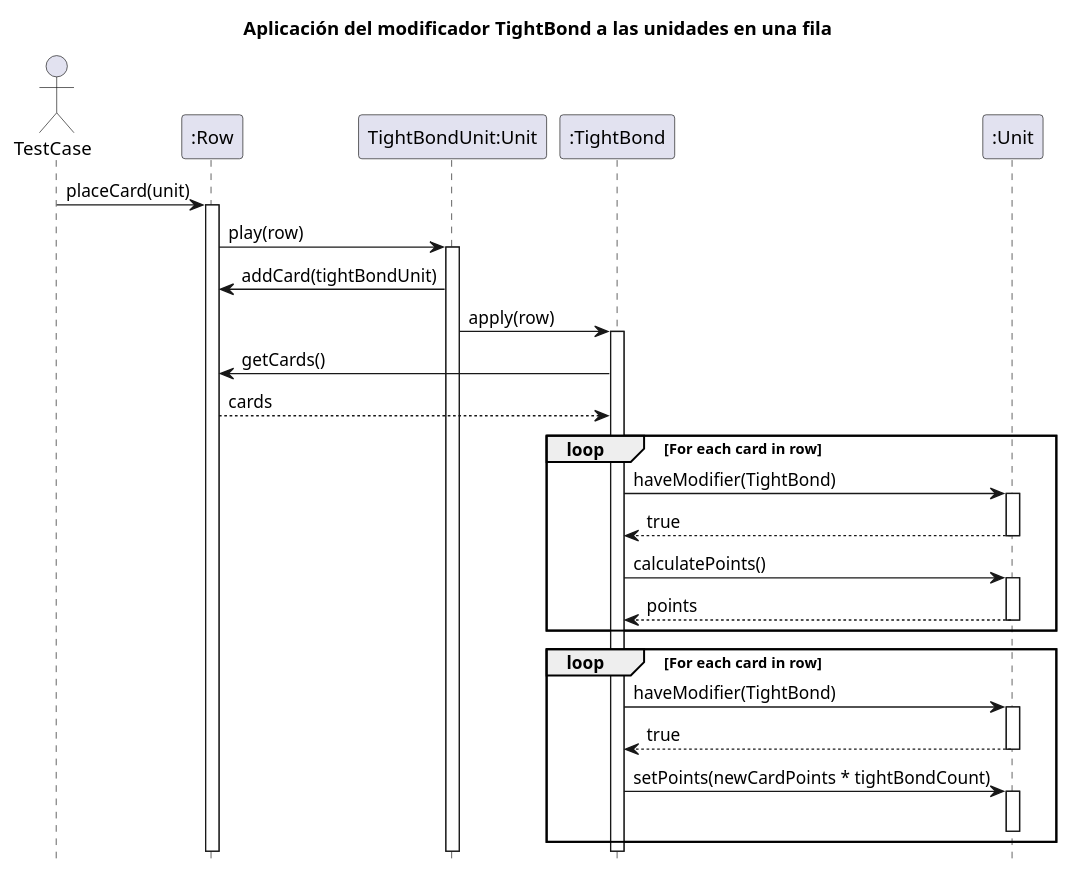
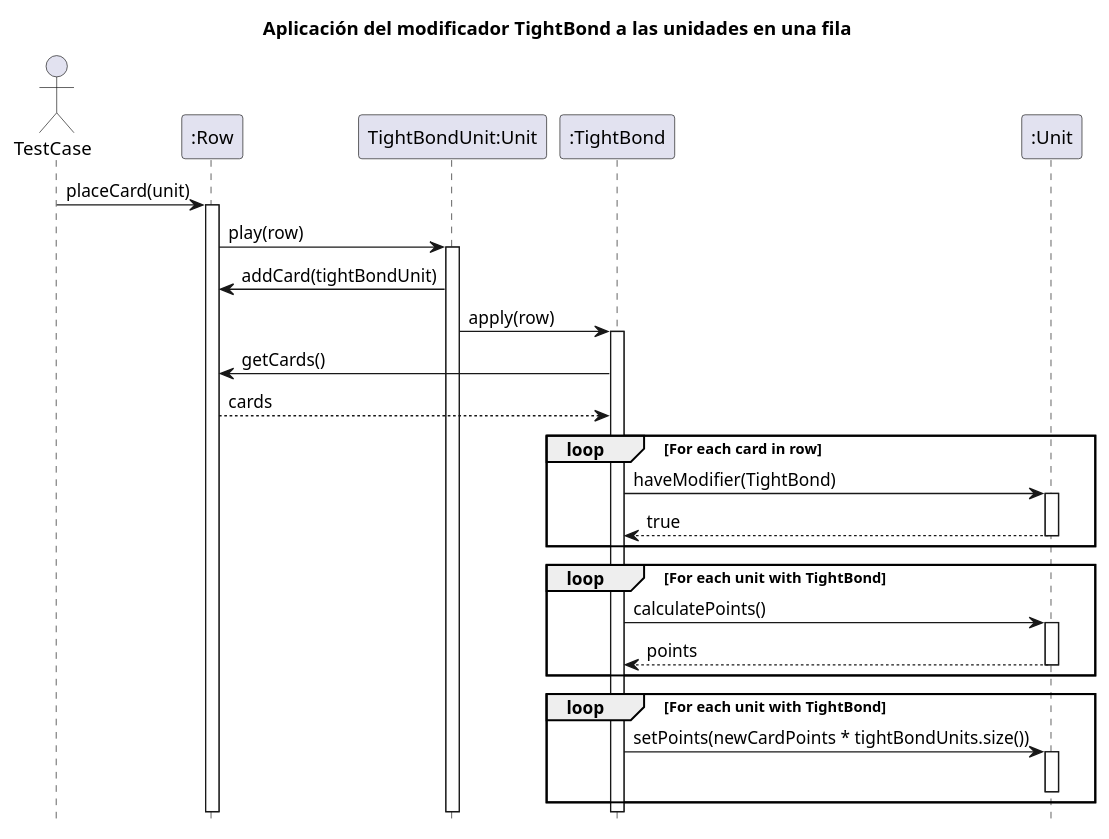
Before and after one commit to Yonhir/algo3_proyecto_base_tp2: the diagram in diagrams/sequences/AplicarTightBond.plantuml, drawn with PlantUML. The commit also changed 2 other files, not shown here.

Commit message:
Update TightBond

```diff
--- a/diagrams/sequences/AplicarTightBond.plantuml
+++ b/diagrams/sequences/AplicarTightBond.plantuml
@@ -1,47 +1,46 @@
 @startuml
 
 hide footbox
 title Aplicación del modificador TightBond a las unidades en una fila
 
 actor TestCase
 
 participant ":Row" as row
 participant "TightBondUnit:Unit" as tightBondUnit
 participant ":TightBond" as tightBond
 participant ":Unit" as otherUnits
 
 TestCase -> row: placeCard(unit)
     activate row
     row -> tightBondUnit: play(row)
         activate tightBondUnit
         tightBondUnit -> row: addCard(tightBondUnit)
         tightBondUnit -> tightBond: apply(row)
             activate tightBond
             tightBond -> row: getCards()
             row --> tightBond: cards
 
             loop For each card in row
                 tightBond -> otherUnits: haveModifier(TightBond)
                     activate otherUnits
                     otherUnits --> tightBond: true
                     deactivate otherUnits
-                    tightBond -> otherUnits: calculatePoints()
-                        activate otherUnits
-                        otherUnits --> tightBond: points
-                        deactivate otherUnits
             end
 
-            loop For each card in row
-                tightBond -> otherUnits: haveModifier(TightBond)
+            loop For each unit with TightBond
+                tightBond -> otherUnits: calculatePoints()
                     activate otherUnits
-                    otherUnits --> tightBond: true
+                    otherUnits --> tightBond: points
                     deactivate otherUnits
-                    tightBond -> otherUnits: setPoints(newCardPoints * tightBondCount)
-                        activate otherUnits
-                        deactivate otherUnits
+            end
+
+            loop For each unit with TightBond
+                tightBond -> otherUnits: setPoints(newCardPoints * tightBondUnits.size())
+                    activate otherUnits
+                    deactivate otherUnits
             end
             deactivate tightBond
         deactivate tightBondUnit
     deactivate row
 
 @enduml
```
